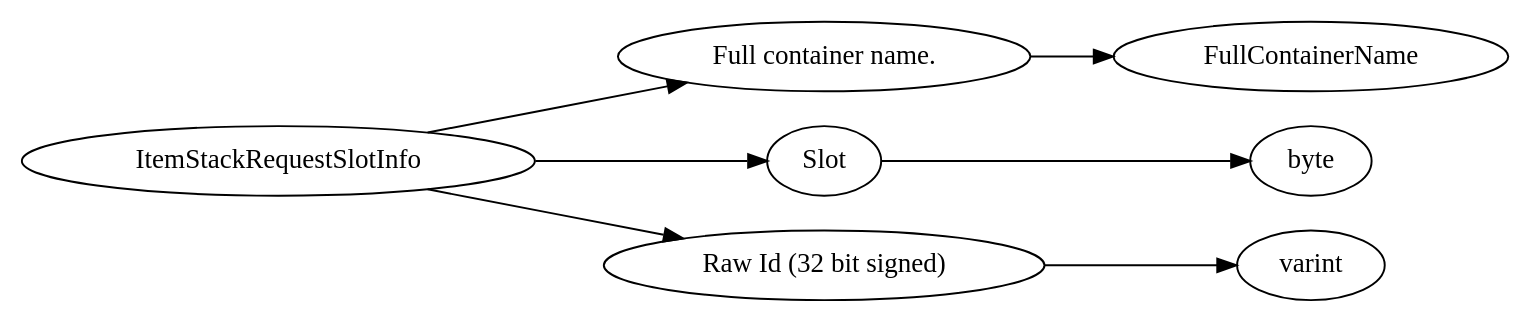
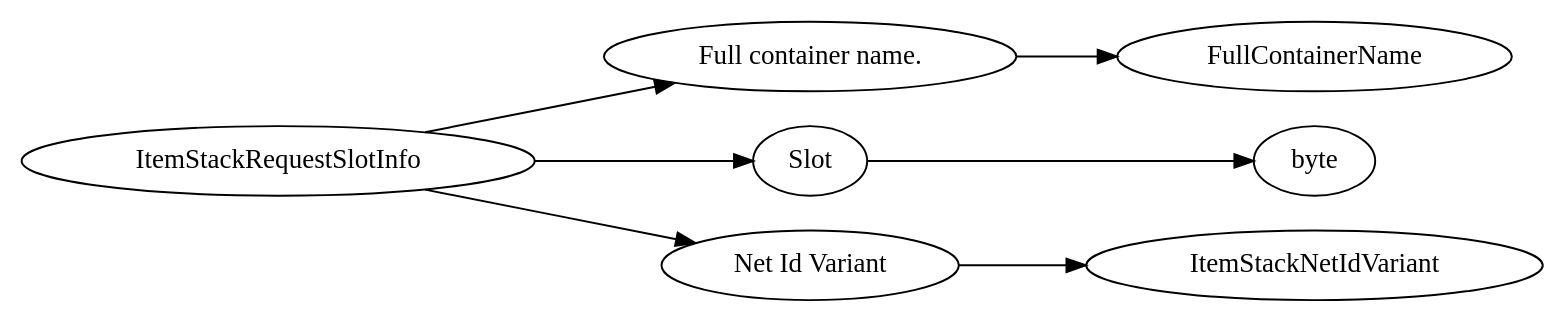
The diagram in dot/ItemStackRequestSlotInfo.dot (Mojang/bedrock-protocol-docs), drawn with Graphviz before and after one commit. The commit also changed 485 other files, not shown here.

```diff
--- a/dot/ItemStackRequestSlotInfo.dot
+++ b/dot/ItemStackRequestSlotInfo.dot
@@ -1,20 +1,20 @@
 digraph "ItemStackRequestSlotInfo" {
 rankdir = LR
 104
 104 -> 105
 105 -> 106
 104 -> 107
 107 -> 108
 104 -> 109
 109 -> 110
 
 104 [label="ItemStackRequestSlotInfo",comment="name: \"ItemStackRequestSlotInfo\", typeName: \"\", id: 104, branchId: 0, recurseId: -1, attributes: 0, notes: \"\""];
 105 [label="Full container name.",comment="name: \"Full container name.\", typeName: \"FullContainerName\", id: 105, branchId: 0, recurseId: -1, attributes: 256, notes: \"\""];
 106 [label="FullContainerName",comment="name: \"FullContainerName\", typeName: \"\", id: 106, branchId: 0, recurseId: -1, attributes: 512, notes: \"\""];
 107 [label="Slot",comment="name: \"Slot\", typeName: \"\", id: 107, branchId: 0, recurseId: -1, attributes: 0, notes: \"\""];
 108 [label="byte",comment="name: \"byte\", typeName: \"\", id: 108, branchId: 0, recurseId: -1, attributes: 512, notes: \"\""];
-109 [label="Raw Id (32 bit signed)",comment="name: \"Raw Id (32 bit signed)\", typeName: \"\", id: 109, branchId: 0, recurseId: -1, attributes: 0, notes: \"\""];
-110 [label="varint",comment="name: \"varint\", typeName: \"\", id: 110, branchId: 0, recurseId: -1, attributes: 512, notes: \"\""];
+109 [label="Net Id Variant",comment="name: \"Net Id Variant\", typeName: \"ItemStackNetIdVariant\", id: 109, branchId: 0, recurseId: -1, attributes: 256, notes: \"\""];
+110 [label="ItemStackNetIdVariant",comment="name: \"ItemStackNetIdVariant\", typeName: \"\", id: 110, branchId: 0, recurseId: -1, attributes: 512, notes: \"\""];
 { rank = max;106;108;110}
 
 }
```
